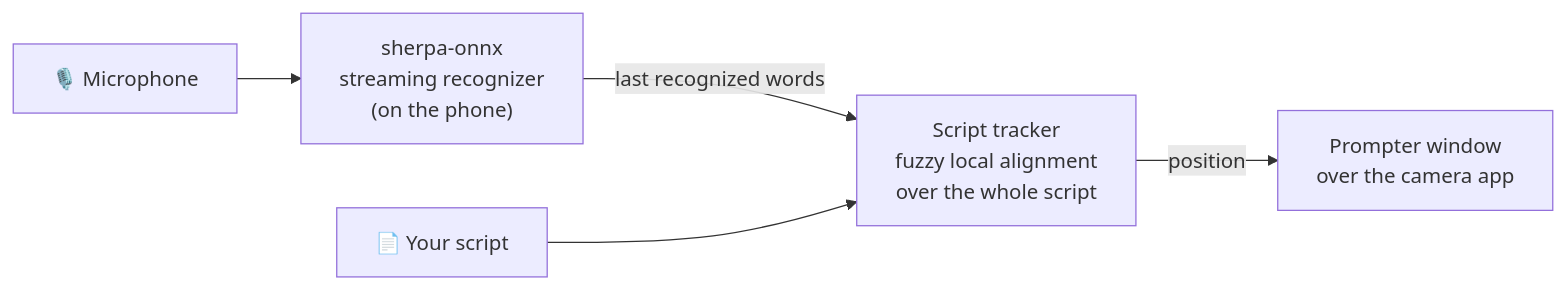
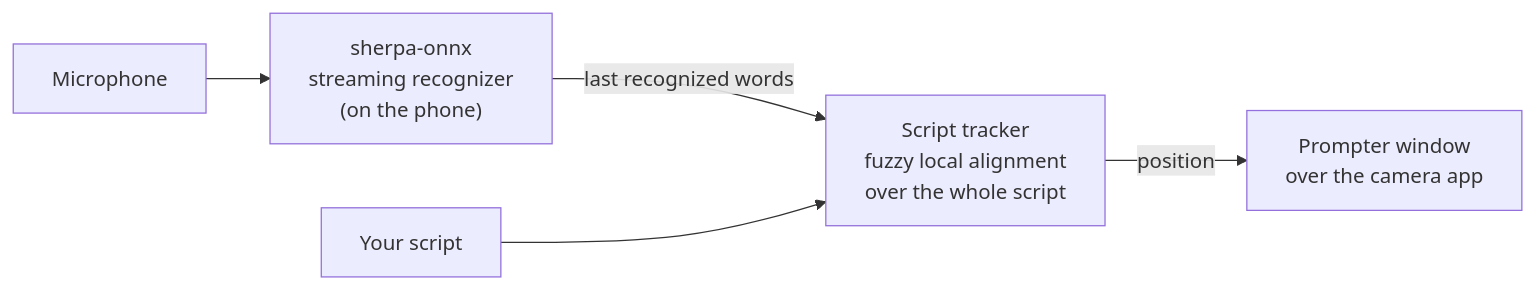
Before and after one commit to olerast67/suflyor: the diagram in README.md, drawn with Mermaid. The commit also changed other lines of this file and 6 other files, not shown here.

````diff
--- a/README.md
+++ b/README.md
@@ -72,7 +72,7 @@
 ```mermaid
 flowchart LR
-    Mic["🎙️ Microphone"] --> ASR["sherpa-onnx<br/>streaming recognizer<br/>(on the phone)"]
+    Mic["Microphone"] --> ASR["sherpa-onnx<br/>streaming recognizer<br/>(on the phone)"]
     ASR -->|"last recognized words"| Tracker["Script tracker<br/>fuzzy local alignment<br/>over the whole script"]
     Tracker -->|"position"| View["Prompter window<br/>over the camera app"]
-    Script["📄 Your script"] --> Tracker
+    Script["Your script"] --> Tracker
 ```
````
